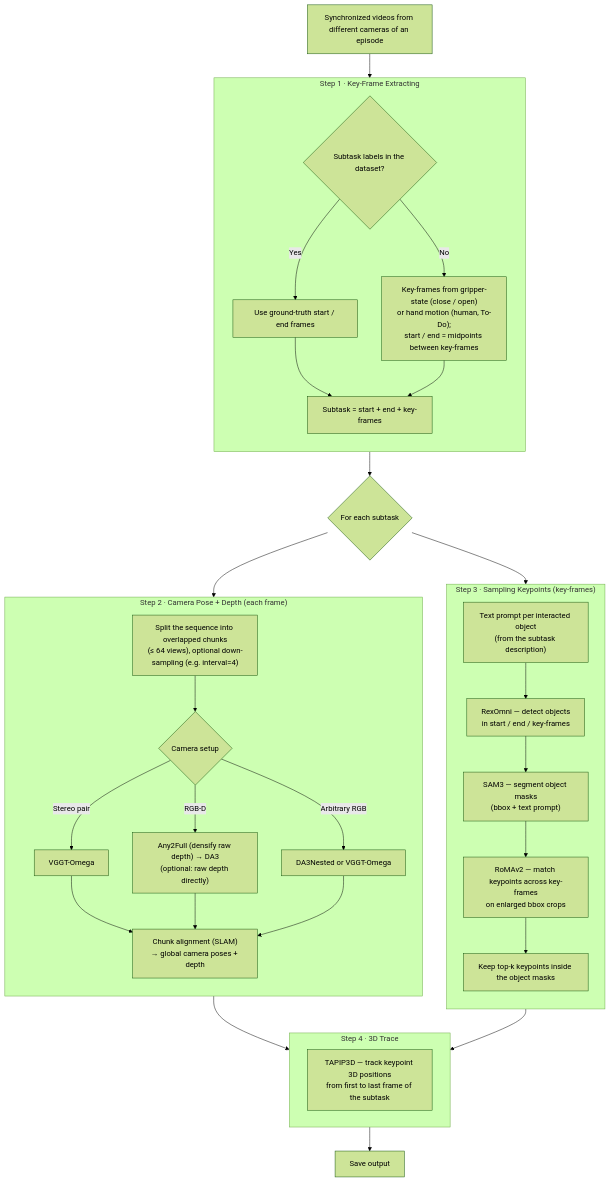
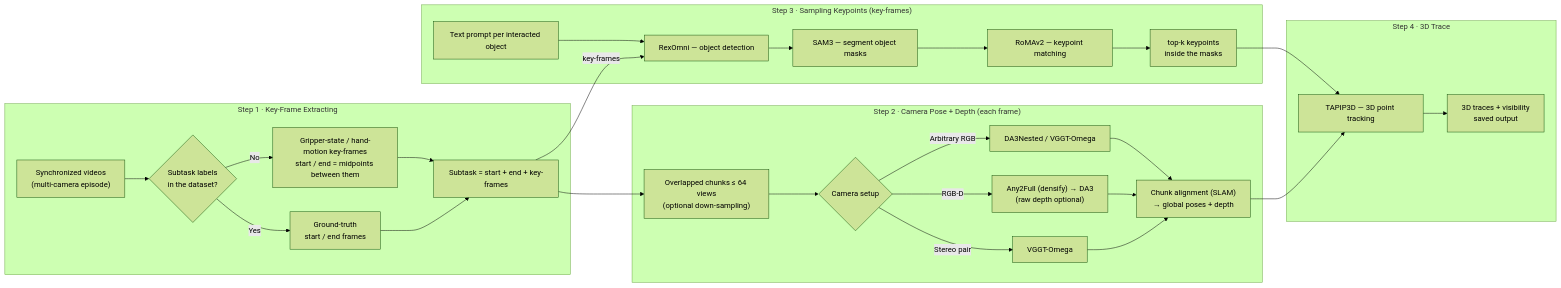
Before and after one commit to Chuong98CC/TraceEngine: the diagram in README.md, drawn with Mermaid (forest theme). The commit also changed other lines of this file and 25 other files, not shown here.

````diff
--- a/README.md
+++ b/README.md
@@ -113,45 +113,35 @@
 ```mermaid
-flowchart TD
-    V["Synchronized videos from different cameras of an episode"] --> KF
-
-    subgraph KF["Step 1 · Key-Frame Extracting"]
-        direction TB
-        Q1{"Subtask labels in the dataset?"}
-        Q1 -->|"Yes"| L1["Use ground-truth start / end frames"]
-        Q1 -->|"No"| L2["Key-frames from gripper-state (close / open)<br/>or hand motion (human, To-Do);<br/>start / end = midpoints between key-frames"]
-        L1 --> SPLIT["Subtask = start + end + key-frames"]
-        L2 --> SPLIT
+flowchart LR
+    subgraph Step1["Step 1 · Key-Frame Extracting"]
+        V["Synchronized videos<br/>(multi-camera episode)"] --> Q1{"Subtask labels<br/>in the dataset?"}
+        Q1 -->|"Yes"| L1["Ground-truth<br/>start / end frames"]
+        Q1 -->|"No"| L2["Gripper-state / hand-motion key-frames<br/>start / end = midpoints between them"]
+        L1 --> SUB["Subtask = start + end + key-frames"]
+        L2 --> SUB
     end
 
-    KF --> LOOP{"For each subtask"}
-    LOOP --> POS
-    LOOP --> KP
-
-    subgraph POS["Step 2 · Camera Pose + Depth (each frame)"]
-        direction TB
-        CH["Split the sequence into overlapped chunks<br/>(≤ 64 views), optional down-sampling (e.g. interval=4)"] --> Q2{"Camera setup"}
+    subgraph Step2["Step 2 · Camera Pose + Depth (each frame)"]
+        SUB --> CH["Overlapped chunks ≤ 64 views<br/>(optional down-sampling)"]
+        CH --> Q2{"Camera setup"}
         Q2 -->|"Stereo pair"| M1["VGGT-Omega"]
-        Q2 -->|"RGB-D"| M2["Any2Full (densify raw depth) → DA3<br/>(optional: raw depth directly)"]
-        Q2 -->|"Arbitrary RGB"| M3["DA3Nested or VGGT-Omega"]
-        M1 --> AL["Chunk alignment (SLAM)<br/>→ global camera poses + depth"]
+        Q2 -->|"RGB-D"| M2["Any2Full (densify) → DA3<br/>(raw depth optional)"]
+        Q2 -->|"Arbitrary RGB"| M3["DA3Nested / VGGT-Omega"]
+        M1 --> AL["Chunk alignment (SLAM)<br/>→ global poses + depth"]
         M2 --> AL
         M3 --> AL
     end
 
-    subgraph KP["Step 3 · Sampling Keypoints (key-frames)"]
-        direction TB
-        T["Text prompt per interacted object<br/>(from the subtask description)"] --> RX["RexOmni — detect objects<br/>in start / end / key-frames"]
-        RX --> SM["SAM3 — segment object masks<br/>(bbox + text prompt)"]
-        SM --> RM["RoMAv2 — match keypoints across key-frames<br/>on enlarged bbox crops"]
-        RM --> TK["Keep top-k keypoints inside the object masks"]
+    subgraph Step3["Step 3 · Sampling Keypoints (key-frames)"]
+        T["Text prompt per interacted object"] --> RX["RexOmni — object detection"]
+        SUB -->|"key-frames"| RX
+        RX --> SM["SAM3 — segment object masks"]
+        SM --> RM["RoMAv2 — keypoint matching"]
+        RM --> TK["top-k keypoints<br/>inside the masks"]
     end
 
-    POS --> TR
-    KP --> TR
-
-    subgraph TR["Step 4 · 3D Trace"]
-        TP["TAPIP3D — track keypoint 3D positions<br/>from first to last frame of the subtask"]
+    subgraph Step4["Step 4 · 3D Trace"]
+        AL --> TP["TAPIP3D — 3D point tracking"]
+        TK --> TP
+        TP --> OUT["3D traces + visibility<br/>saved output"]
     end
-
-    TR --> OUT["Save output"]
 ```
````
